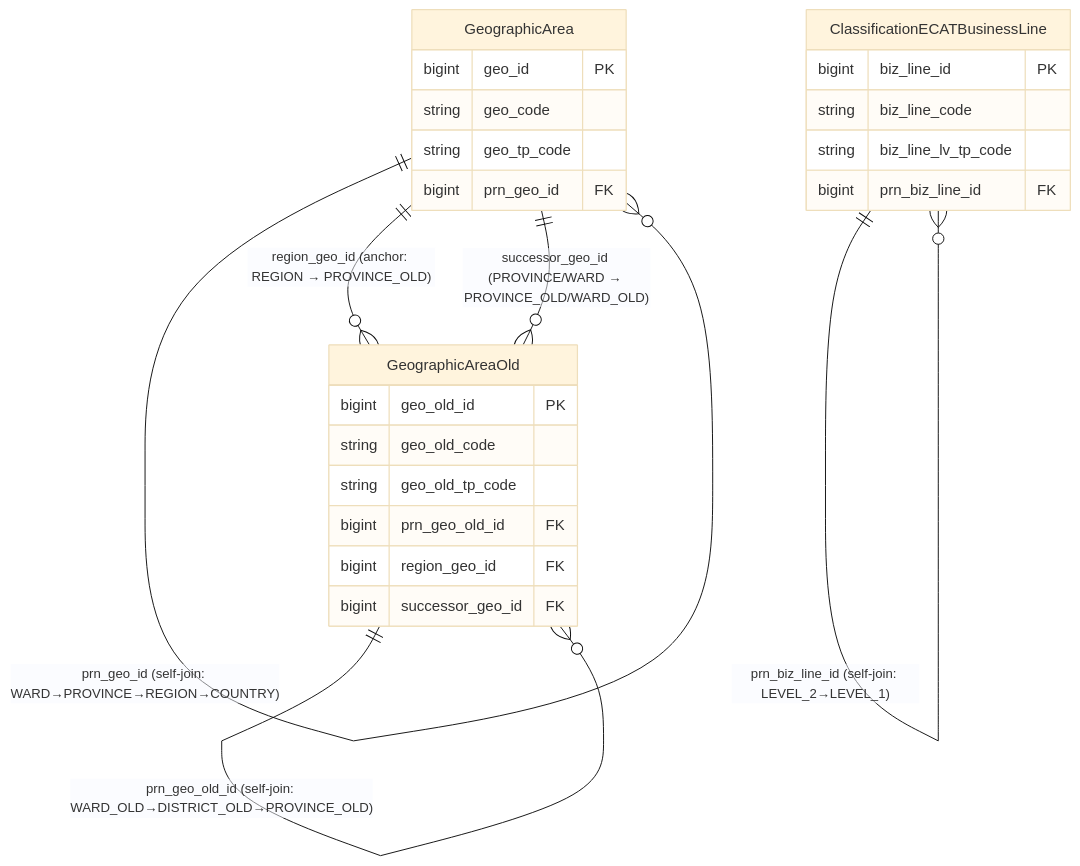
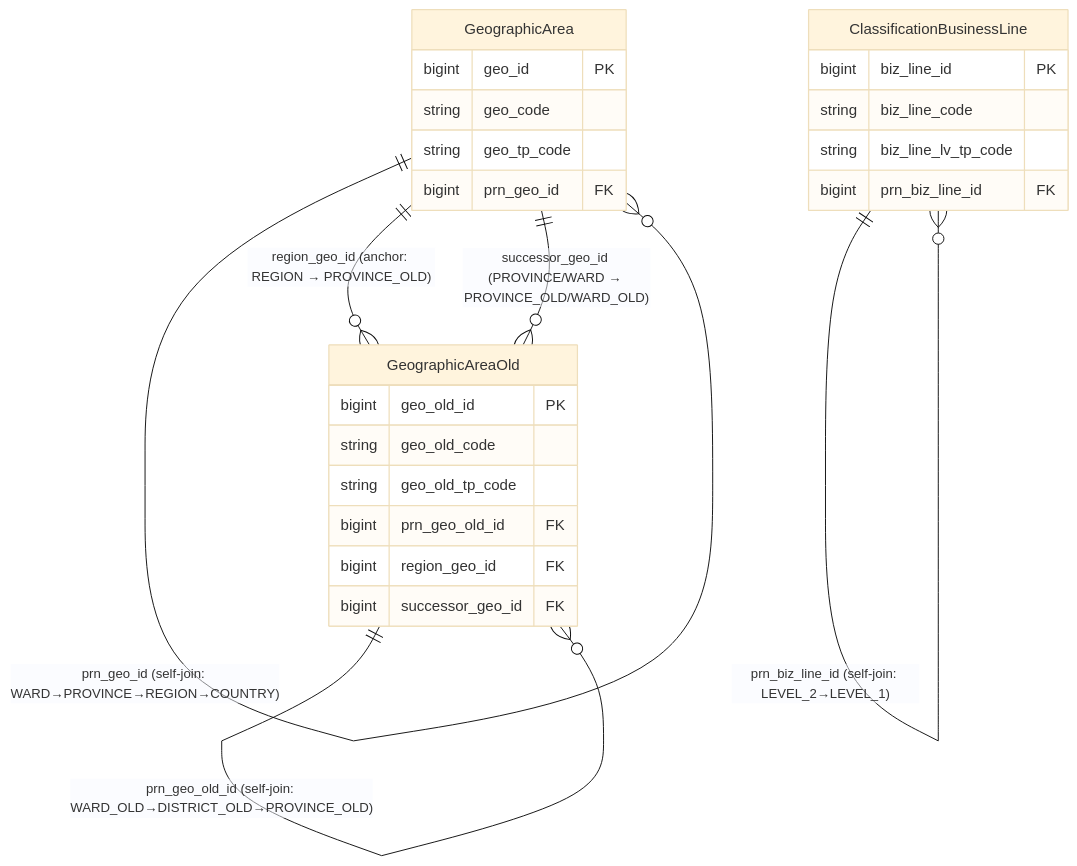
Before and after one commit to linhlvit/ubck_atomic_design: the second of 2 diagrams in DataModel/working/Atomic/hld/ECAT_HLD_Tier1.md, drawn with Mermaid (base theme). The commit also changed other lines of this file and 177 other files, not shown here.

````diff
--- a/DataModel/working/Atomic/hld/ECAT_HLD_Tier1.md
+++ b/DataModel/working/Atomic/hld/ECAT_HLD_Tier1.md
@@ -133,32 +133,32 @@
 ```mermaid
 erDiagram
     GeographicArea {
         bigint geo_id PK
         string geo_code
         string geo_tp_code
         bigint prn_geo_id FK
     }
 
     GeographicAreaOld {
         bigint geo_old_id PK
         string geo_old_code
         string geo_old_tp_code
         bigint prn_geo_old_id FK
         bigint region_geo_id FK
         bigint successor_geo_id FK
     }
 
     GeographicArea ||--o{ GeographicArea : "prn_geo_id (self-join: WARD→PROVINCE→REGION→COUNTRY)"
     GeographicAreaOld ||--o{ GeographicAreaOld : "prn_geo_old_id (self-join: WARD_OLD→DISTRICT_OLD→PROVINCE_OLD)"
     GeographicArea ||--o{ GeographicAreaOld : "region_geo_id (anchor: REGION → PROVINCE_OLD)"
     GeographicArea ||--o{ GeographicAreaOld : "successor_geo_id (PROVINCE/WARD → PROVINCE_OLD/WARD_OLD)"
 
-    ClassificationECATBusinessLine {
+    ClassificationBusinessLine {
         bigint biz_line_id PK
         string biz_line_code
         string biz_line_lv_tp_code
         bigint prn_biz_line_id FK
     }
 
-    ClassificationECATBusinessLine ||--o{ ClassificationECATBusinessLine : "prn_biz_line_id (self-join: LEVEL_2→LEVEL_1)"
+    ClassificationBusinessLine ||--o{ ClassificationBusinessLine : "prn_biz_line_id (self-join: LEVEL_2→LEVEL_1)"
 ```
````
